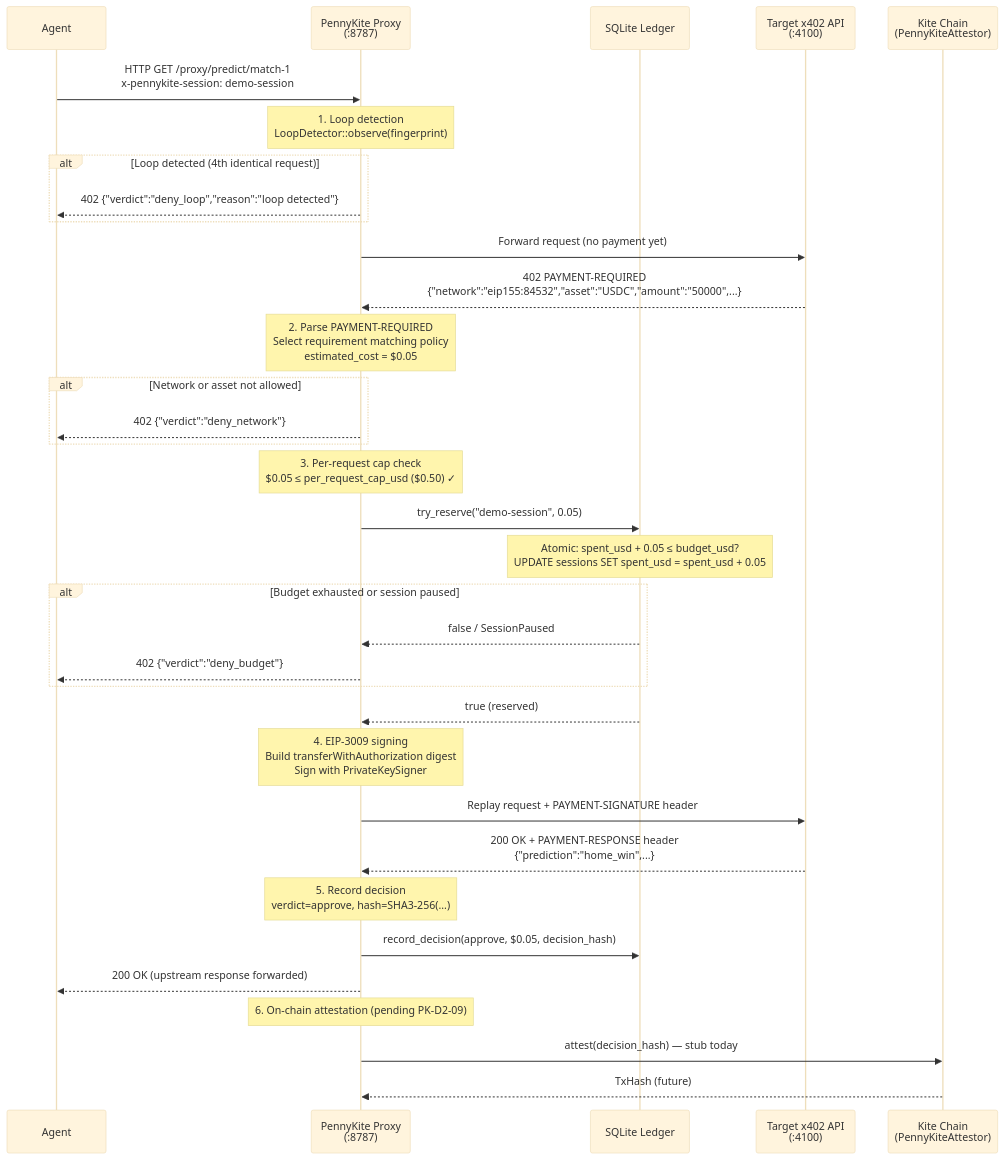
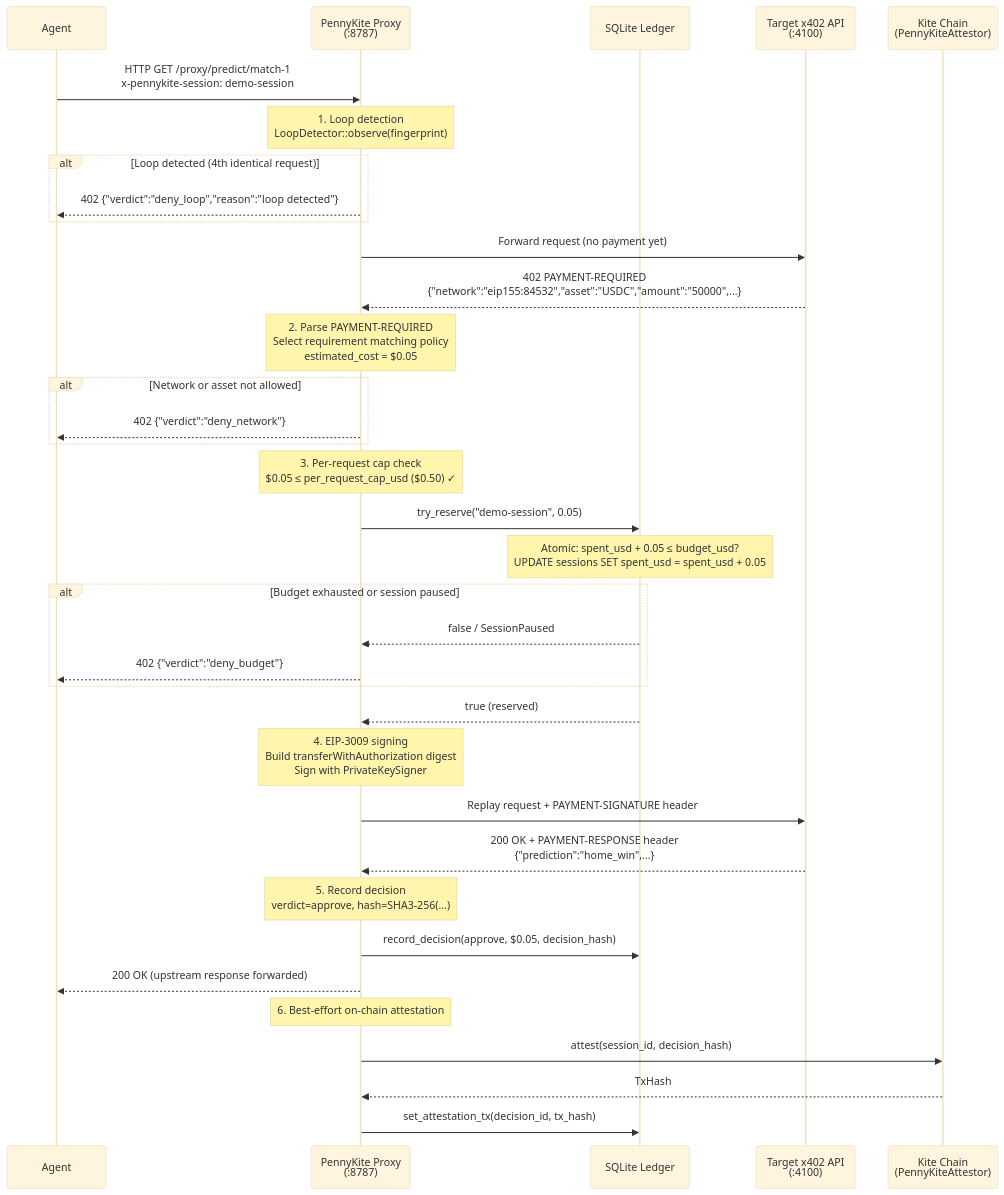
One commit to manuelpenazuniga/PennyKite changed the diagram in documentation/x402-flow.md. Above: the diagram before and after it, drawn with Mermaid (base theme). The commit also changed 12 other files, not shown here.

Commit message:
feat(kite): anchor proxy decisions on-chain

````diff
--- a/documentation/x402-flow.md
+++ b/documentation/x402-flow.md
@@ -25,51 +25,52 @@
 ```mermaid
 sequenceDiagram
     participant Agent
     participant Proxy as PennyKite Proxy<br/>(:8787)
     participant Ledger as SQLite Ledger
     participant Upstream as Target x402 API<br/>(:4100)
     participant Kite as Kite Chain<br/>(PennyKiteAttestor)
 
     Agent->>Proxy: HTTP GET /proxy/predict/match-1<br/>x-pennykite-session: demo-session
 
     Note over Proxy: 1. Loop detection<br/>LoopDetector::observe(fingerprint)
 
     alt Loop detected (4th identical request)
         Proxy-->>Agent: 402 {"verdict":"deny_loop","reason":"loop detected"}
     end
 
     Proxy->>Upstream: Forward request (no payment yet)
     Upstream-->>Proxy: 402 PAYMENT-REQUIRED<br/>{"network":"eip155:84532","asset":"USDC","amount":"50000",...}
 
     Note over Proxy: 2. Parse PAYMENT-REQUIRED<br/>Select requirement matching policy<br/>estimated_cost = $0.05
 
     alt Network or asset not allowed
         Proxy-->>Agent: 402 {"verdict":"deny_network"}
     end
 
     Note over Proxy: 3. Per-request cap check<br/>$0.05 ≤ per_request_cap_usd ($0.50) ✓
 
     Proxy->>Ledger: try_reserve("demo-session", 0.05)
     Note over Ledger: Atomic: spent_usd + 0.05 ≤ budget_usd?<br/>UPDATE sessions SET spent_usd = spent_usd + 0.05
 
     alt Budget exhausted or session paused
         Ledger-->>Proxy: false / SessionPaused
         Proxy-->>Agent: 402 {"verdict":"deny_budget"}
     end
 
     Ledger-->>Proxy: true (reserved)
 
     Note over Proxy: 4. EIP-3009 signing<br/>Build transferWithAuthorization digest<br/>Sign with PrivateKeySigner
 
     Proxy->>Upstream: Replay request + PAYMENT-SIGNATURE header
     Upstream-->>Proxy: 200 OK + PAYMENT-RESPONSE header<br/>{"prediction":"home_win",...}
 
     Note over Proxy: 5. Record decision<br/>verdict=approve, hash=SHA3-256(...)
 
     Proxy->>Ledger: record_decision(approve, $0.05, decision_hash)
     Proxy-->>Agent: 200 OK (upstream response forwarded)
 
-    Note over Proxy: 6. On-chain attestation (pending PK-D2-09)
-    Proxy->>Kite: attest(decision_hash) — stub today
-    Kite-->>Proxy: TxHash (future)
+    Note over Proxy: 6. Best-effort on-chain attestation
+    Proxy->>Kite: attest(session_id, decision_hash)
+    Kite-->>Proxy: TxHash
+    Proxy->>Ledger: set_attestation_tx(decision_id, tx_hash)
 ```
````
